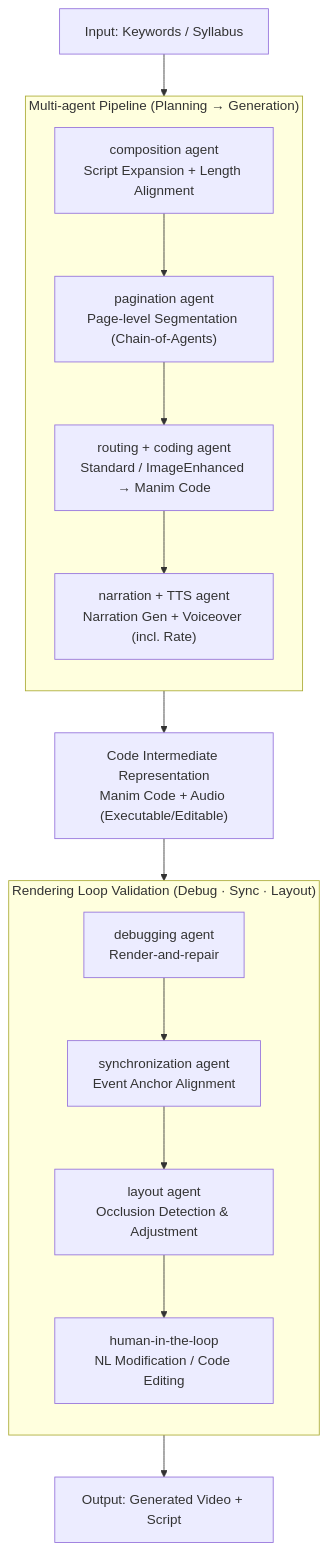
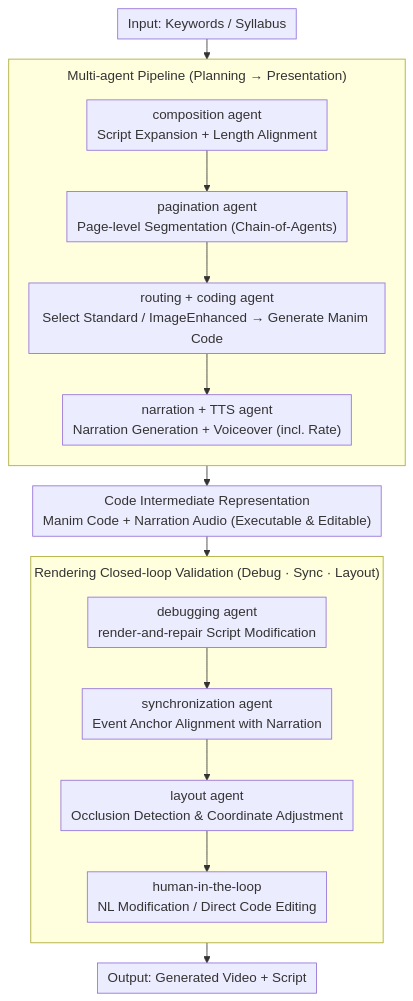
Before and after one commit to zhaoyang97/Paper-Notes-en: the diagram in docs/ACL2026/video_generation/teachmaster_generative_teaching_via_code.md, drawn with Mermaid. The commit also changed other lines of this file and 5084 other files, not shown here.

````diff
--- a/docs/ACL2026/video_generation/teachmaster_generative_teaching_via_code.md
+++ b/docs/ACL2026/video_generation/teachmaster_generative_teaching_via_code.md
@@ -48,26 +48,27 @@
 ```mermaid
-graph TD
+%%{init: {'flowchart': {'rankSpacing': 24, 'nodeSpacing': 28, 'padding': 6, 'wrappingWidth': 400, 'subGraphTitleMargin': {'top': 8, 'bottom': 16}}}}%%
+flowchart TD
     IN["Input: Keywords / Syllabus"]
-    subgraph PIPE["Multi-agent Pipeline (Planning → Generation)"]
+    subgraph PIPE["Multi-agent Pipeline (Planning → Presentation)"]
         direction TB
         P1["composition agent<br/>Script Expansion + Length Alignment"]
         P2["pagination agent<br/>Page-level Segmentation (Chain-of-Agents)"]
-        P3["routing + coding agent<br/>Standard / ImageEnhanced → Manim Code"]
-        P4["narration + TTS agent<br/>Narration Gen + Voiceover (incl. Rate)"]
+        P3["routing + coding agent<br/>Select Standard / ImageEnhanced → Generate Manim Code"]
+        P4["narration + TTS agent<br/>Narration Generation + Voiceover (incl. Rate)"]
         P1 --> P2 --> P3 --> P4
     end
-    CODE["Code Intermediate Representation<br/>Manim Code + Audio (Executable/Editable)"]
-    subgraph VAL["Rendering Loop Validation (Debug · Sync · Layout)"]
+    CODE["Code Intermediate Representation<br/>Manim Code + Narration Audio (Executable & Editable)"]
+    subgraph VAL["Rendering Closed-loop Validation (Debug · Sync · Layout)"]
         direction TB
-        V1["debugging agent<br/>Render-and-repair"]
-        V2["synchronization agent<br/>Event Anchor Alignment"]
-        V3["layout agent<br/>Occlusion Detection & Adjustment"]
-        V4["human-in-the-loop<br/>NL Modification / Code Editing"]
+        V1["debugging agent<br/>render-and-repair Script Modification"]
+        V2["synchronization agent<br/>Event Anchor Alignment with Narration"]
+        V3["layout agent<br/>Occlusion Detection & Coordinate Adjustment"]
+        V4["human-in-the-loop<br/>NL Modification / Direct Code Editing"]
         V1 --> V2 --> V3 --> V4
     end
     OUT["Output: Generated Video + Script"]
     IN --> PIPE
     PIPE --> CODE
     CODE --> VAL
     VAL --> OUT
 ```
````
